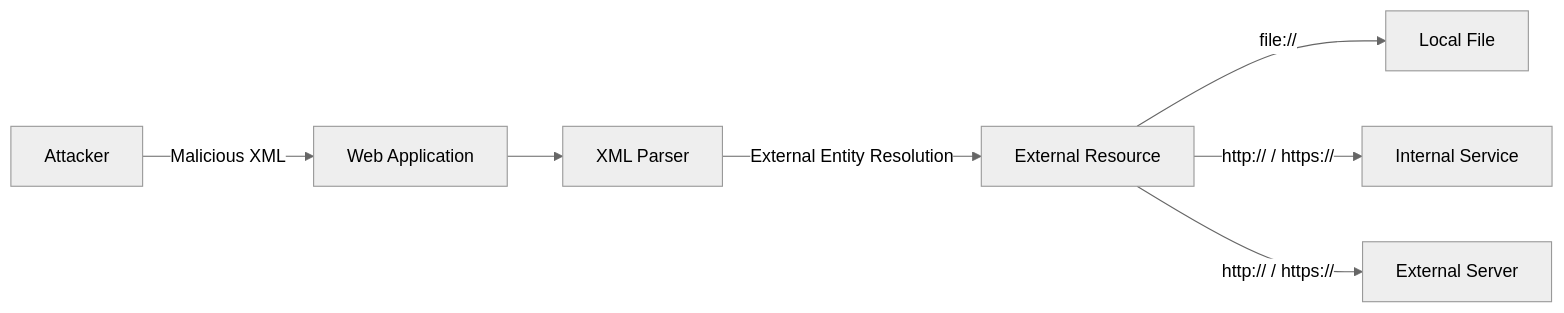
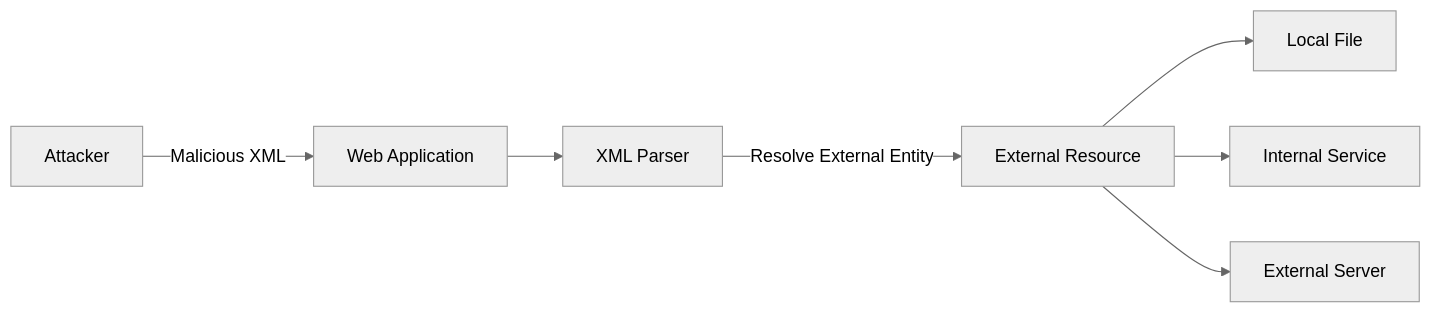
One commit to adolfcna/ATTvDEF changed the third of 15 diagrams in content/Initial Access/OWASP/XML/XXE.md. Above: the diagram before and after it, drawn with Mermaid (neutral theme). The commit also changed other lines of this file, not shown here.

````diff
--- a/content/Initial Access/OWASP/XML/XXE.md
+++ b/content/Initial Access/OWASP/XML/XXE.md
@@ -209,10 +249,10 @@
 ```mermaid
 flowchart LR
     A[Attacker] -->|Malicious XML| B[Web Application]
     B --> C[XML Parser]
-    C -->|External Entity Resolution| D[External Resource]
+    C -->|Resolve External Entity| D[External Resource]
 
-    D -->|file://| E[Local File]
-    D -->|http:// / https://| F[Internal Service]
-    D -->|http:// / https://| G[External Server]
+    D --> E[Local File]
+    D --> F[Internal Service]
+    D --> G[External Server]
 ```
````
